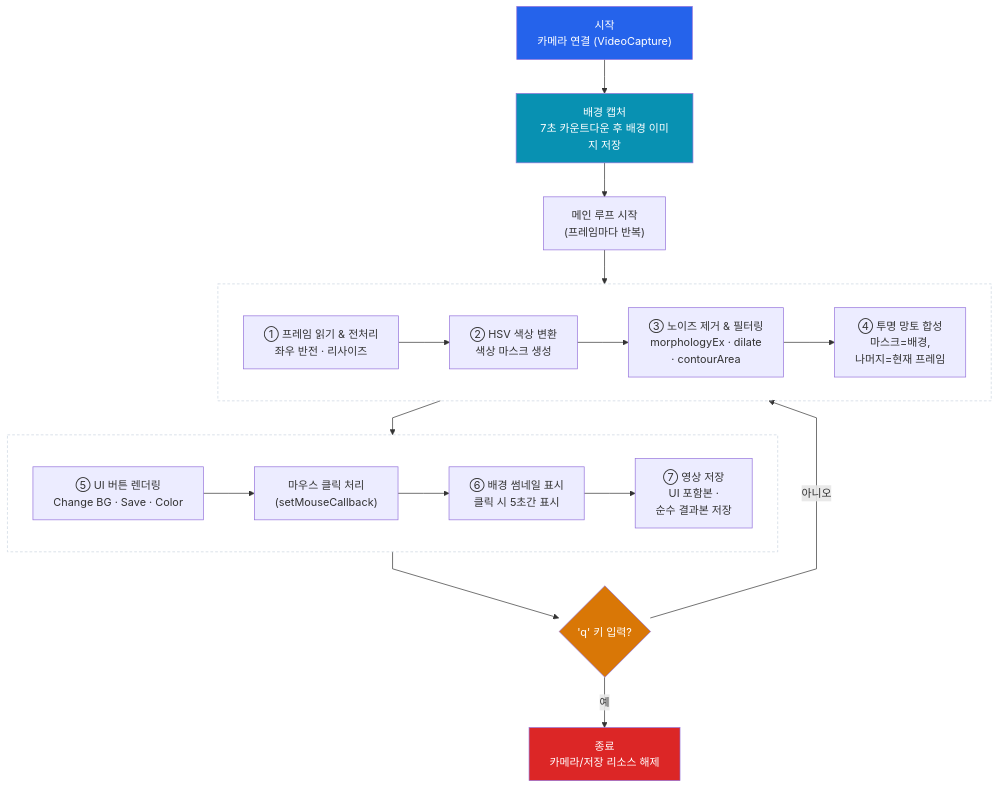
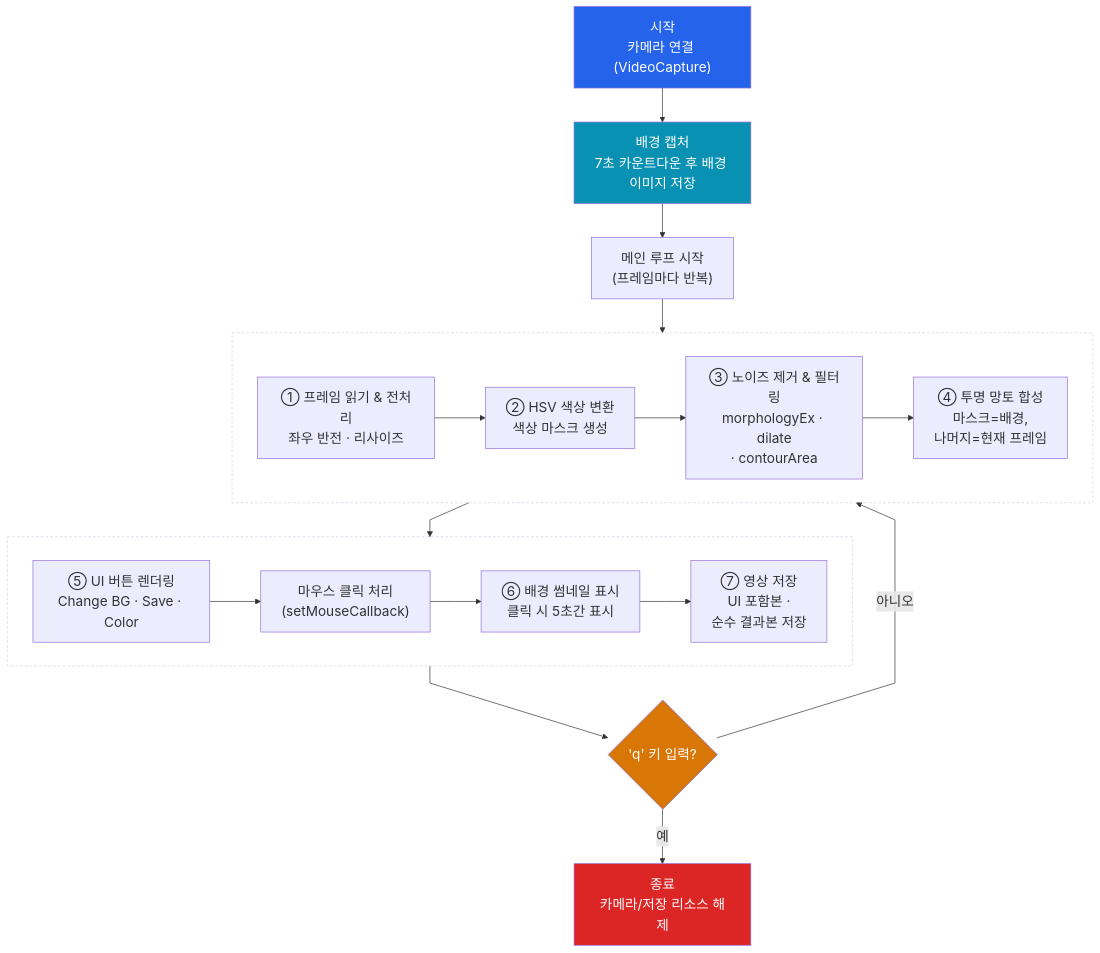
The diagram in README.md (2101080JUNGJINYOUNG/OpenCV-Invisibility-Cloak), drawn with Mermaid before and after one commit.

````diff
--- a/README.md
+++ b/README.md
@@ -15,32 +15,32 @@
 ```mermaid
-%%{init: {"flowchart": {"curve": "linear"}} }%%
+%%{init: {"flowchart": {"curve": "linear"}, "themeVariables": {"fontSize": "20px"}} }%%
 flowchart TD
     A["시작<br/>카메라 연결 (VideoCapture)"] --> B["배경 캡처<br/>7초 카운트다운 후 배경 이미지 저장"]
     B --> C["메인 루프 시작<br/>(프레임마다 반복)"]
 
     subgraph ROW2[" "]
         direction LR
         C5["⑤ UI 버튼 렌더링<br/>Change BG · Save · Color"] --> C6["마우스 클릭 처리<br/>(setMouseCallback)"]
         C6 --> C7["⑥ 배경 썸네일 표시<br/>클릭 시 5초간 표시"]
         C7 --> C8["⑦ 영상 저장<br/>UI 포함본 ·<br/>순수 결과본 저장"]
     end
     subgraph ROW1[" "]
         direction LR
         C1["① 프레임 읽기 & 전처리<br/>좌우 반전 · 리사이즈"] --> C2["② HSV 색상 변환<br/>색상 마스크 생성"]
         C2 --> C3["③ 노이즈 제거 & 필터링<br/>morphologyEx · dilate<br/>· contourArea"]
         C3 --> C4["④ 투명 망토 합성<br/>마스크=배경,<br/>나머지=현재 프레임"]
     end
 
     C --> ROW1
     ROW1 --> ROW2
     ROW2 --> D{"'q' 키 입력?"}
     D -- 아니오 --> ROW1
     D -- 예 --> E["종료<br/>카메라/저장 리소스 해제"]
 
     style A fill:#2563eb,color:#fff
     style E fill:#dc2626,color:#fff
     style B fill:#0891b2,color:#fff
     style D fill:#d97706,color:#fff
     style ROW1 fill:transparent,stroke:#cbd5e1,stroke-dasharray: 4 3
     style ROW2 fill:transparent,stroke:#cbd5e1,stroke-dasharray: 4 3
 ```
````
